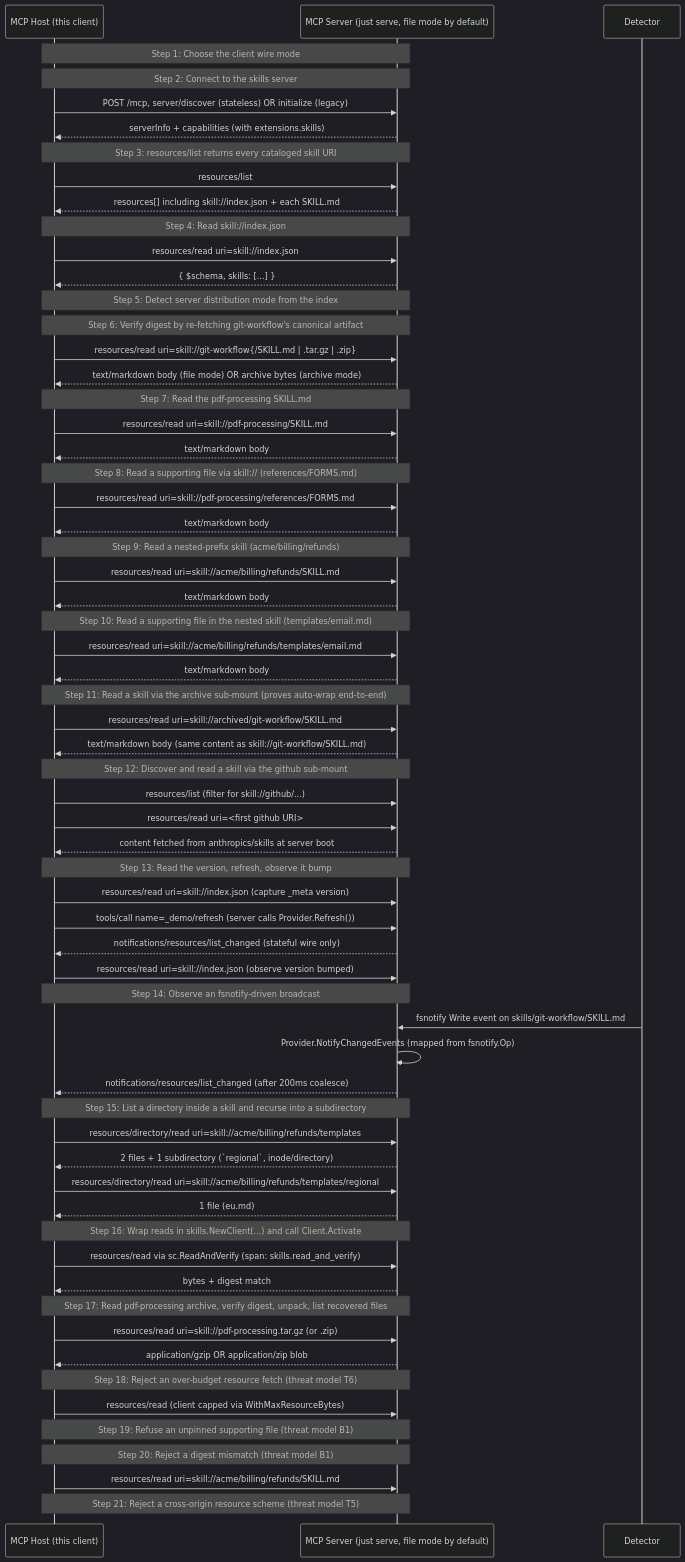
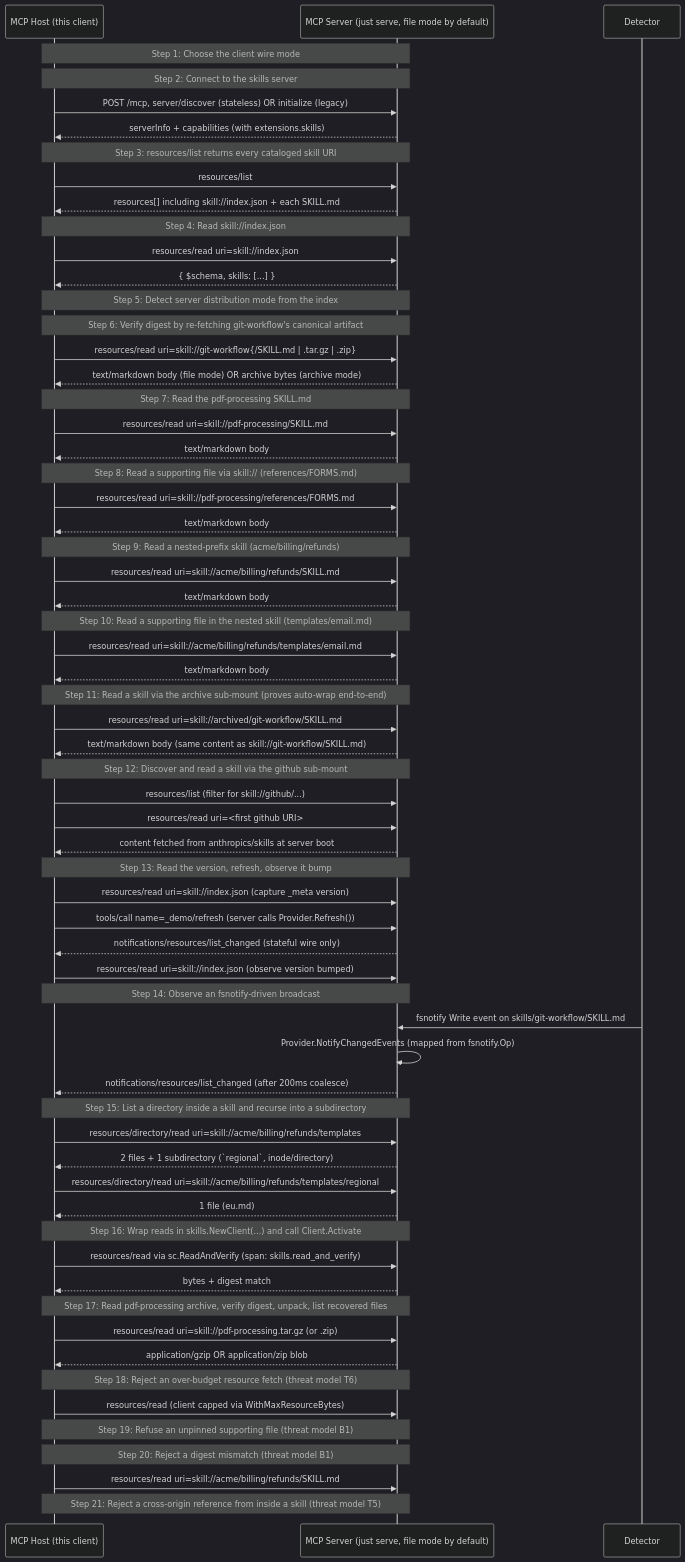
The diagram in examples/skills/WALKTHROUGH.md (panyam/mcpkit), drawn with Mermaid (dark theme) before and after one commit. The commit also changed other lines of this file and 3 other files, not shown here.

````diff
--- a/examples/skills/WALKTHROUGH.md
+++ b/examples/skills/WALKTHROUGH.md
@@ -111,5 +111,5 @@
     Note over Host,Server: Step 20: Reject a digest mismatch (threat model B1)
     Host->>Server: resources/read uri=skill://acme/billing/refunds/SKILL.md
 
-    Note over Host,Server: Step 21: Reject a cross-origin resource scheme (threat model T5)
+    Note over Host,Server: Step 21: Reject a cross-origin reference from inside a skill (threat model T5)
 ```
````
